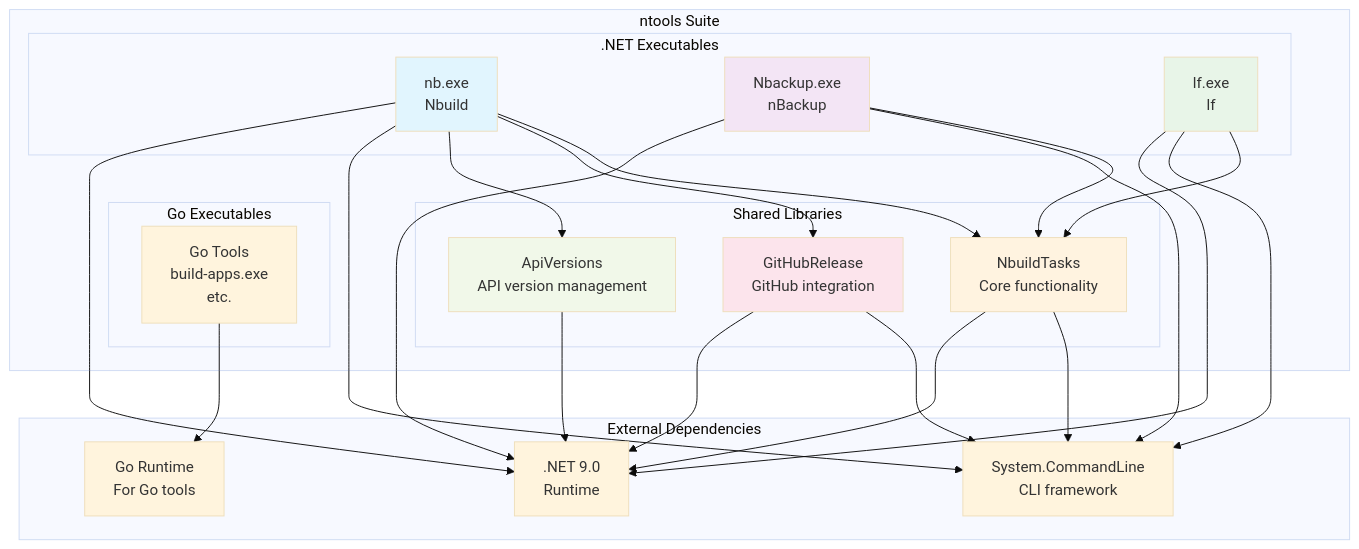
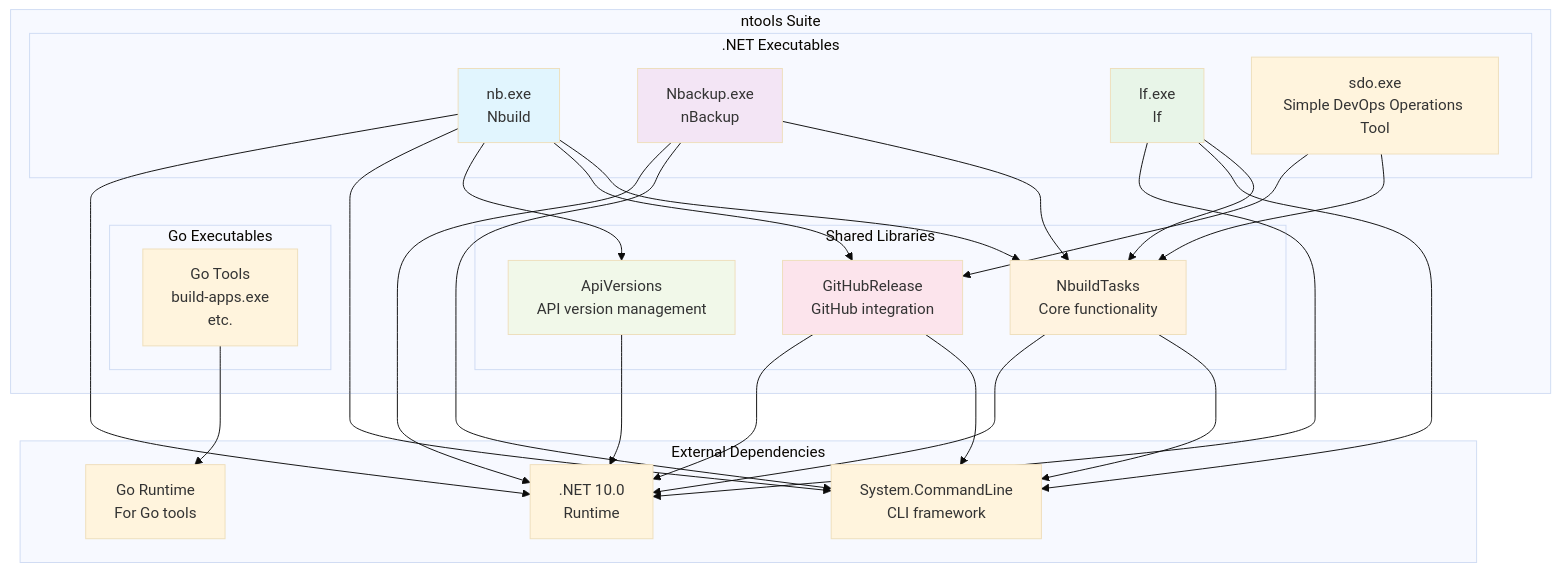
The diagram in docs/devops-tools-suite-architecture.md (naz-hage/ntools), drawn with Mermaid (base theme) before and after one commit. The commit also changed other lines of this file and 74 other files, not shown here.

First line of the commit message:
257: Remove Python SDO and Update Documentation to sdo.net (#258)

````diff
--- a/docs/devops-tools-suite-architecture.md
+++ b/docs/devops-tools-suite-architecture.md
@@ -28,55 +29,57 @@
 ```mermaid
 graph TB
     subgraph "ntools Suite"
         subgraph ".NET Executables"
             NB[nb.exe<br/>Nbuild]
             NBKP[Nbackup.exe<br/>nBackup]
             LF[lf.exe<br/>lf]
+            SDO[sdo.exe<br/>Simple DevOps Operations Tool]
         end
 
         subgraph "Go Executables"
             GO[Go Tools<br/>build-apps.exe<br/>etc.]
         end
 
         subgraph "Shared Libraries"
             NBL[NbuildTasks<br/>Core functionality]
             GHR[GitHubRelease<br/>GitHub integration]
             API[ApiVersions<br/>API version management]
         end
     end
 
     subgraph "External Dependencies"
         SCL[System.CommandLine<br/>CLI framework]
-        DOTNET[.NET 9.0<br/>Runtime]
+        DOTNET[.NET 10.0<br/>Runtime]
         GO_RUNTIME[Go Runtime<br/>For Go tools]
     end
 
     NB --> NBL
     NBKP --> NBL
     LF --> NBL
 
     NB --> GHR
     NB --> API
 
     GO --> GO_RUNTIME
 
     NBL --> SCL
     GHR --> SCL
     NB --> SCL
     NBKP --> SCL
     LF --> SCL
 
     NB --> DOTNET
     NBKP --> DOTNET
     LF --> DOTNET
     NBL --> DOTNET
     GHR --> DOTNET
     API --> DOTNET
-
+    SDO --> NBL
+    SDO --> GHR
     style NB fill:#e1f5fe
     style NBKP fill:#f3e5f5
     style LF fill:#e8f5e8
     style NBL fill:#fff3e0
     style GHR fill:#fce4ec
-    style API fill:#f1f8e9
+    style API fill:#f1f8e9  
 ```
````
